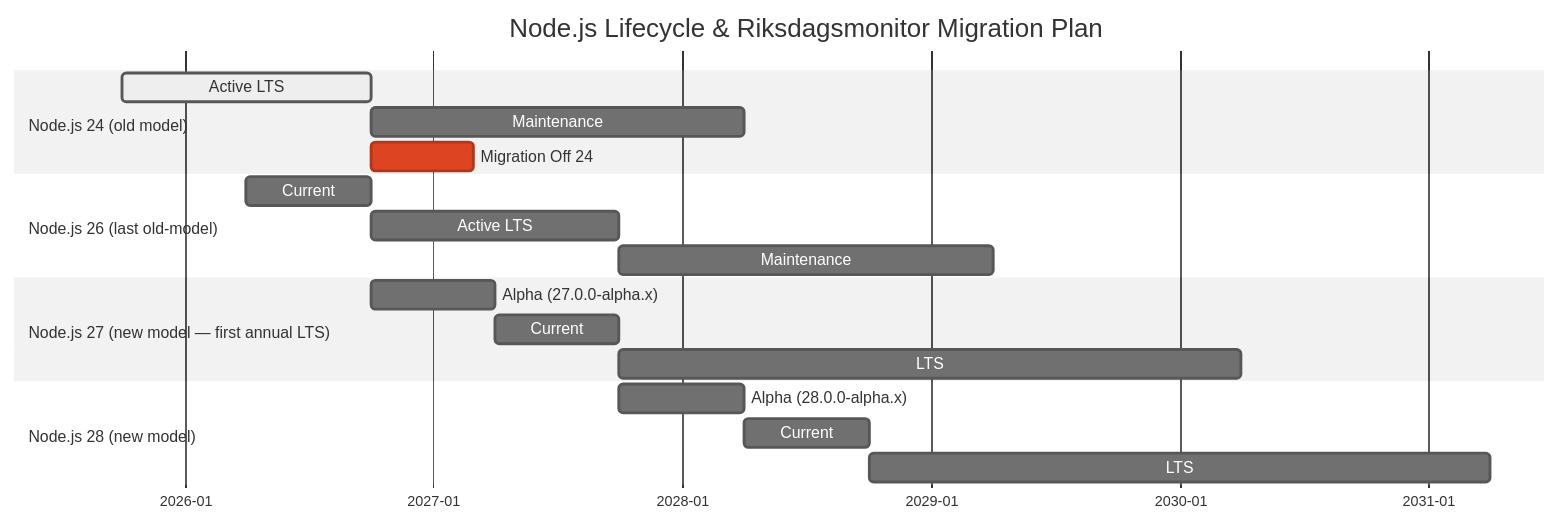
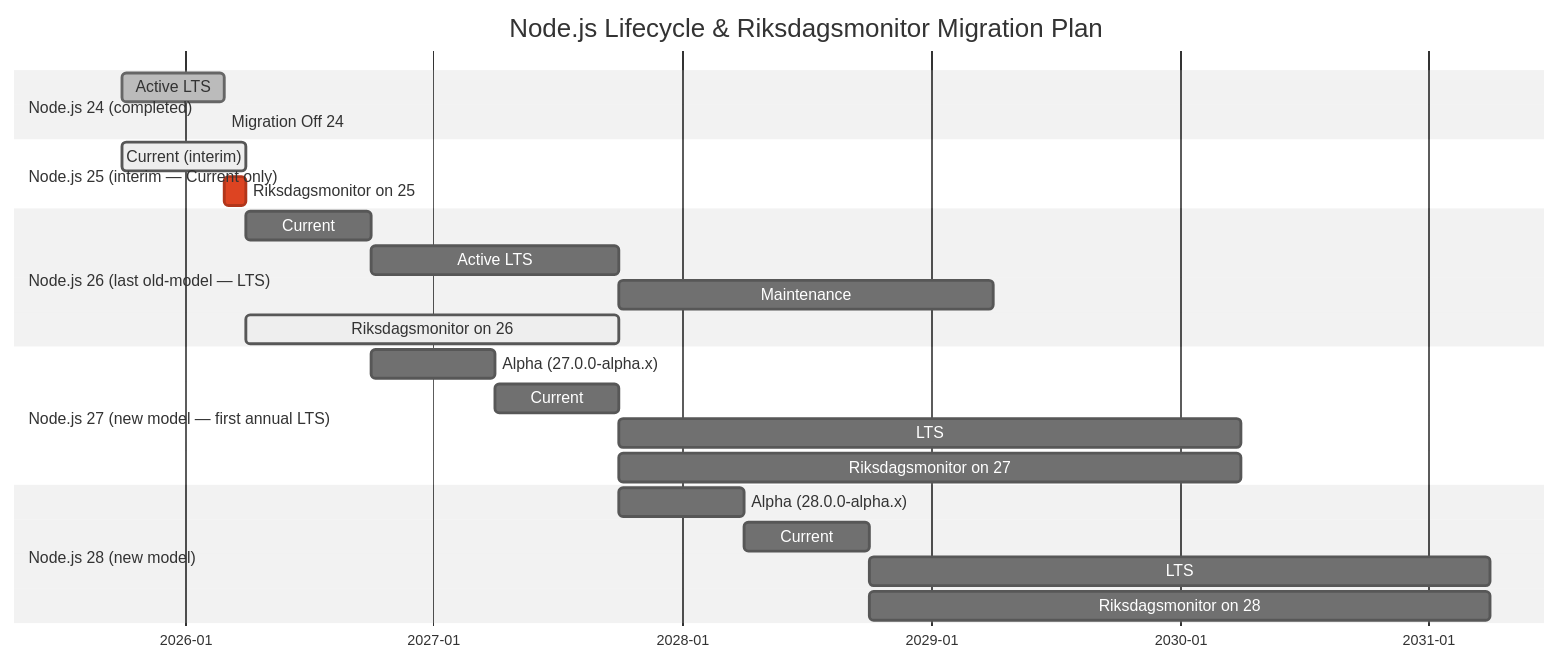
The diagram in End-of-Life-Strategy.md (Hack23/riksdagsmonitor), drawn with Mermaid (neutral theme) before and after one commit. The commit also changed other lines of this file and 51 other files, not shown here.

````diff
--- a/End-of-Life-Strategy.md
+++ b/End-of-Life-Strategy.md
@@ -187,26 +217,32 @@
 ```mermaid
 gantt
     title Node.js Lifecycle & Riksdagsmonitor Migration Plan
     dateFormat YYYY-MM
     axisFormat %Y-%m
 
-    section Node.js 24 (old model)
-    Active LTS           :active, n24lts, 2025-10, 2026-10
-    Maintenance           :n24maint, 2026-10, 2028-04
-    Migration Off 24      :crit, m24, 2026-10, 2027-03
+    section Node.js 24 (completed)
+    Active LTS           :done, n24lts, 2025-10, 2026-03
+    Migration Off 24     :done, m24, 2026-03, 2026-03
 
-    section Node.js 26 (last old-model)
-    Current               :n26curr, 2026-04, 2026-10
-    Active LTS            :n26lts, 2026-10, 2027-10
-    Maintenance           :n26maint, 2027-10, 2029-04
+    section Node.js 25 (interim — Current only)
+    Current (interim)    :active, n25curr, 2025-10, 2026-04
+    Riksdagsmonitor on 25:crit, rm25, 2026-03, 2026-04
+
+    section Node.js 26 (last old-model — LTS)
+    Current              :n26curr, 2026-04, 2026-10
+    Active LTS           :n26lts, 2026-10, 2027-10
+    Maintenance          :n26maint, 2027-10, 2029-04
+    Riksdagsmonitor on 26:active, rm26, 2026-04, 2027-10
 
     section Node.js 27 (new model — first annual LTS)
     Alpha (27.0.0-alpha.x):n27alpha, 2026-10, 2027-04
     Current               :n27curr, 2027-04, 2027-10
     LTS                   :n27lts, 2027-10, 2030-04
+    Riksdagsmonitor on 27 :rm27, 2027-10, 2030-04
 
     section Node.js 28 (new model)
     Alpha (28.0.0-alpha.x):n28alpha, 2027-10, 2028-04
     Current               :n28curr, 2028-04, 2028-10
     LTS                   :n28lts, 2028-10, 2031-04
+    Riksdagsmonitor on 28 :rm28, 2028-10, 2031-04
 ```
````
